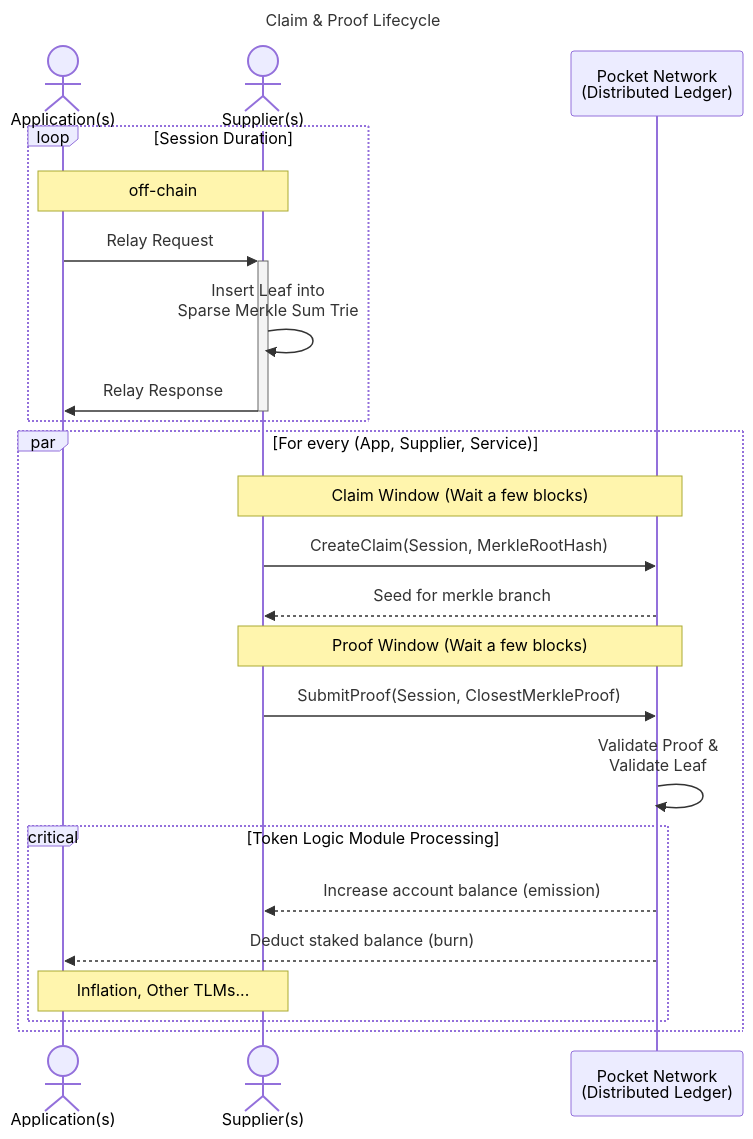
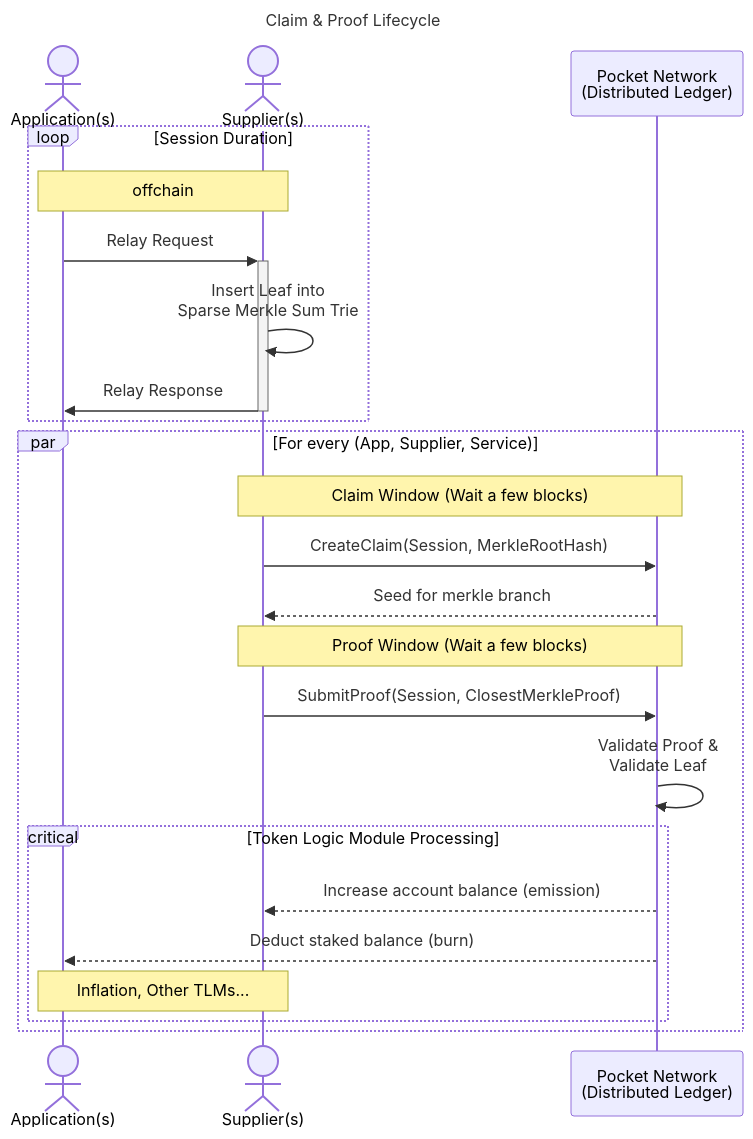
The first of 17 diagrams in docusaurus/docs/protocol/primitives/claim_and_proof_lifecycle.md (pokt-network/poktroll), drawn with Mermaid before and after one commit. The commit also changed other lines of this file and 152 other files, not shown here.

Commit message:
chore: Replace on/off-chain with on/offchain

````diff
--- a/docusaurus/docs/protocol/primitives/claim_and_proof_lifecycle.md
+++ b/docusaurus/docs/protocol/primitives/claim_and_proof_lifecycle.md
@@ -65,30 +65,30 @@
 ```mermaid
 ---
 title: Claim & Proof Lifecycle
 ---
 sequenceDiagram
     actor A as Application(s)
     actor S as Supplier(s)
     participant PN as Pocket Network<br>(Distributed Ledger)
 
     loop Session Duration
-        note over A,S: off-chain
+        note over A,S: offchain
         A ->> +S: Relay Request
         S ->> S: Insert Leaf into <br> Sparse Merkle Sum Trie
         S ->> -A: Relay Response
     end
 
     par For every (App, Supplier, Service)
         note over S, PN: Claim Window (Wait a few blocks)
         S ->> PN: CreateClaim(Session, MerkleRootHash)
         PN -->> S: Seed for merkle branch
         note over S, PN: Proof Window (Wait a few blocks)
         S ->> PN: SubmitProof(Session, ClosestMerkleProof)
         PN ->> PN: Validate Proof & <br> Validate Leaf
         critical Token Logic Module Processing
           PN -->> S: Increase account balance (emission)
           PN -->> A: Deduct staked balance (burn)
           note over A,S: Inflation, Other TLMs...
         end
     end
 ```
````
